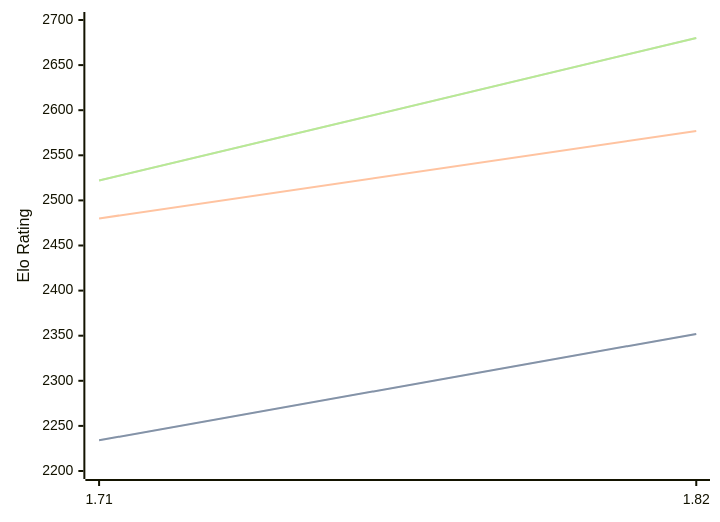
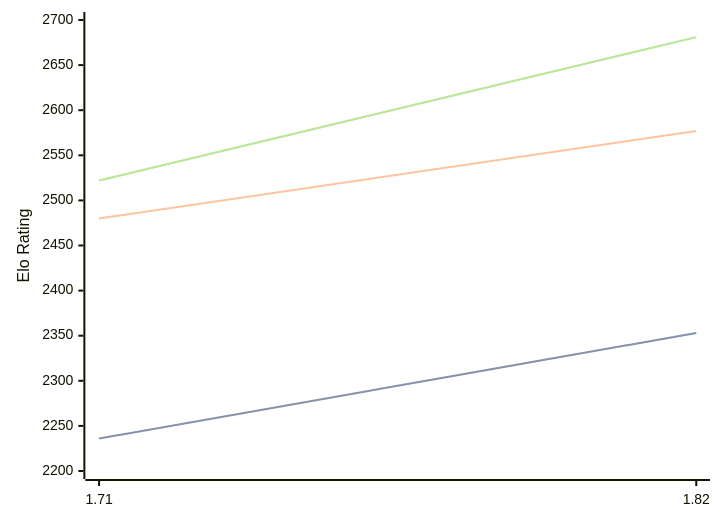
Before and after one commit to computer-chess-index/cci: the diagram in engines/Amira.md, drawn with Mermaid. The commit also changed other lines of this file, not shown here.

Commit message:
Update CCI Ratings (ELO VLTC) - 2026-05-15

````diff
--- a/engines/Amira.md
+++ b/engines/Amira.md
@@ -35,11 +35,11 @@
 ```mermaid
 %%{init: {"theme":"base","themeVariables":{"seriesColors:['#a3a3a3','#222221','#faa371']}}}%%
 xychart-beta
   x-axis ["1.71", "1.82"]
   y-axis "Elo Rating" 2200 --> 2700
-  line "STC (8.0+0.08s)" [2234, 2352]
-  line "STC (8.0+0.08s)" [2234, 2352]
+  line "STC (8.0+0.08s)" [2236, 2353]
+  line "STC (8.0+0.08s)" [2236, 2353]
   line "LTC (60.0+0.60s)" [2480, 2577]
-  line "VLTC (2m24s+1.12s)" [2522, 2680]
-  line "VLTC (2m24s+1.12s)" [2522, 2680]
+  line "VLTC (2m24s+1.12s)" [2522, 2681]
+  line "VLTC (2m24s+1.12s)" [2522, 2681]
 ```
````
